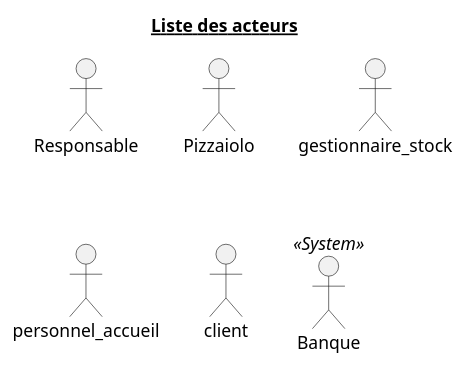
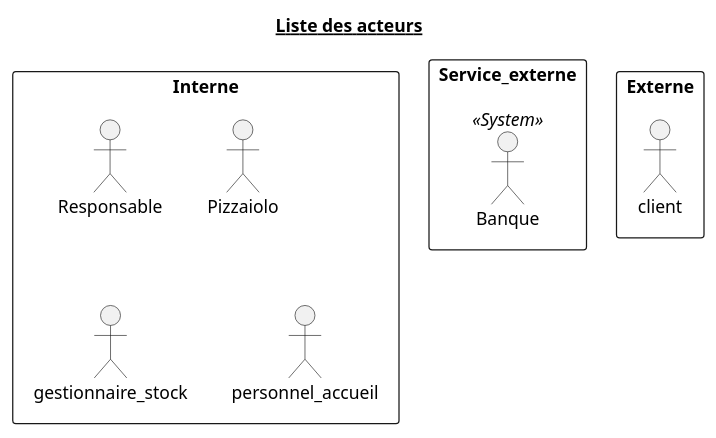
Before and after one commit to Zepmanbc/oc_dapython_pr4: the diagram in doc/uml/0_ListActors.puml, drawn with PlantUML. The commit also changed 30 other files, not shown here.

```diff
--- a/doc/uml/0_ListActors.puml
+++ b/doc/uml/0_ListActors.puml
@@ -1,11 +1,19 @@
 @startuml 0_ListActors
 title <u>Liste des acteurs</u>
 
-actor Responsable as RESP
-actor Pizzaiolo as PIZLO
-actor gestionnaire_stock as GEST
-actor personnel_accueil as ACCUEIL
-actor client as CUSTOMER
-actor Banque <<System>> as BANK
+rectangle Interne {
+    actor Responsable as RESP
+    actor Pizzaiolo as PIZLO
+    actor gestionnaire_stock as GEST
+    actor personnel_accueil as ACCUEIL
+}
+
+rectangle Service_externe {
+    actor Banque <<System>> as BANK
+}
+
+rectangle Externe {
+    actor client as CUSTOMER
+}
 
 @enduml
```
